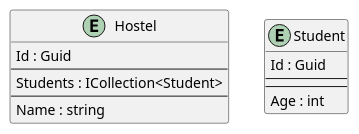
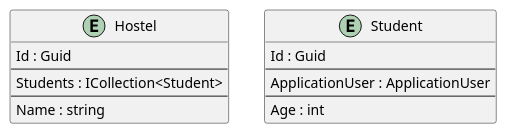
The diagram in .docs/HostelStudents.pu (intrepion/https-code-maze.com-csharp-create-better-looking-console-applications-with-spectre-console-), drawn with PlantUML before and after one commit.

```diff
--- a/.docs/HostelStudents.pu
+++ b/.docs/HostelStudents.pu
@@ -1,26 +1,27 @@
 @startuml
 
 entity Hostel {
     Id : Guid
     --
     Students : ICollection<Student>
     ' HostelKeyCodePlaceholder
     --
     Name : string
     ' HostelPropertyCodePlaceholder
 }
 
 entity Student {
     Id : Guid
     --
+    ApplicationUser : ApplicationUser
     ' StudentKeyCodePlaceholder
     --
     Age : int
     ' StudentPropertyCodePlaceholder
 }
 
 ' EntityCodePlaceholder
 
 ' RelationshipCodePlaceholder
 
 @enduml
```
